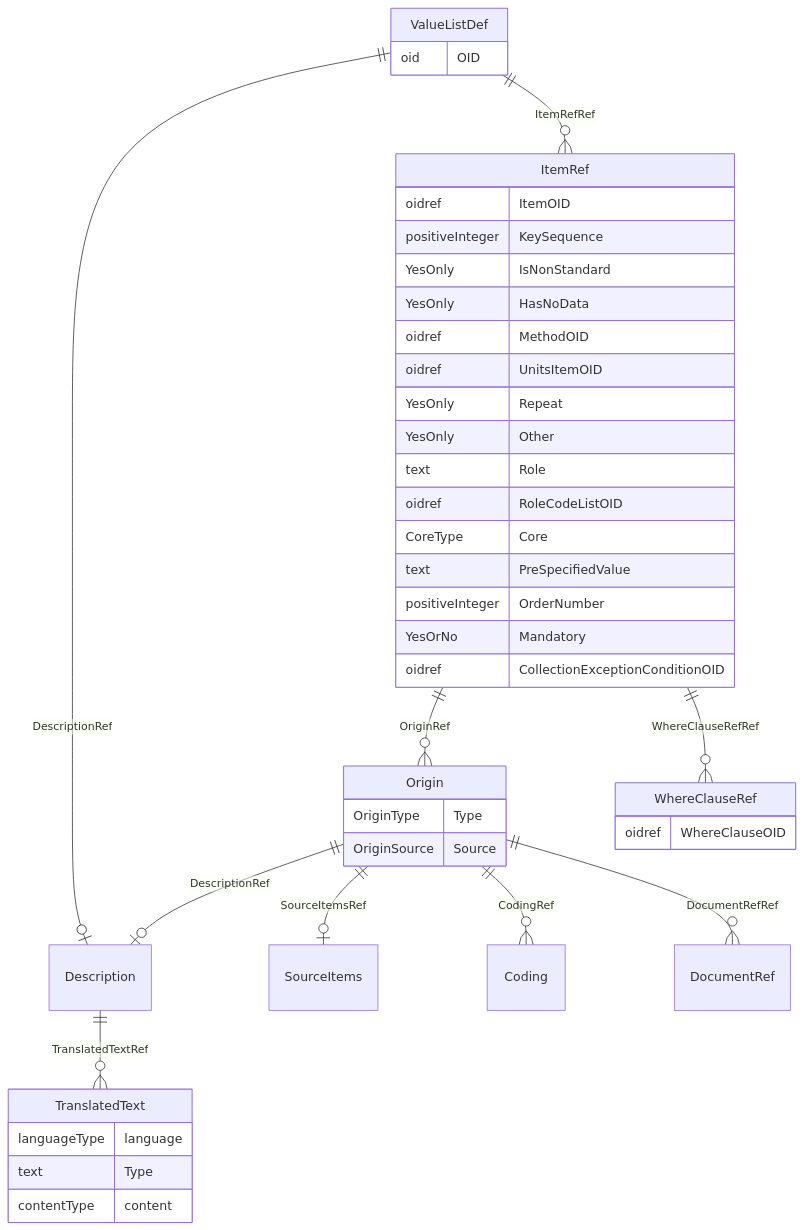
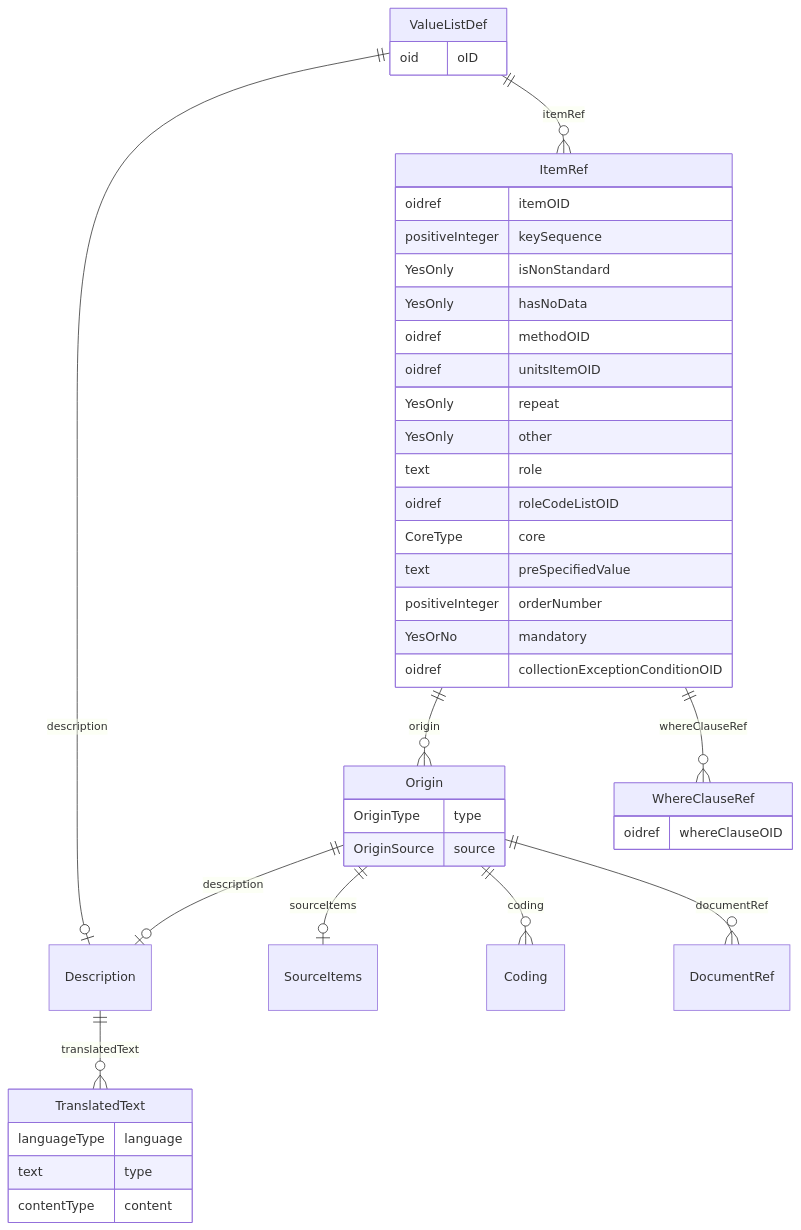
The diagram in docs/ValueListDef.md (cdisc-org/DataExchange-ODM-LinkML), drawn with Mermaid before and after one commit. The commit also changed other lines of this file and 759 other files, not shown here.

````diff
--- a/docs/ValueListDef.md
+++ b/docs/ValueListDef.md
@@ -11,49 +11,49 @@
 ```mermaid
 erDiagram
 ValueListDef {
-    oid OID  
+    oid oID  
 }
 ItemRef {
-    oidref ItemOID  
-    positiveInteger KeySequence  
-    YesOnly IsNonStandard  
-    YesOnly HasNoData  
-    oidref MethodOID  
-    oidref UnitsItemOID  
-    YesOnly Repeat  
-    YesOnly Other  
-    text Role  
-    oidref RoleCodeListOID  
-    CoreType Core  
-    text PreSpecifiedValue  
-    positiveInteger OrderNumber  
-    YesOrNo Mandatory  
-    oidref CollectionExceptionConditionOID  
+    oidref itemOID  
+    positiveInteger keySequence  
+    YesOnly isNonStandard  
+    YesOnly hasNoData  
+    oidref methodOID  
+    oidref unitsItemOID  
+    YesOnly repeat  
+    YesOnly other  
+    text role  
+    oidref roleCodeListOID  
+    CoreType core  
+    text preSpecifiedValue  
+    positiveInteger orderNumber  
+    YesOrNo mandatory  
+    oidref collectionExceptionConditionOID  
 }
 WhereClauseRef {
-    oidref WhereClauseOID  
+    oidref whereClauseOID  
 }
 Origin {
-    OriginType Type  
-    OriginSource Source  
+    OriginType type  
+    OriginSource source  
 }
 Description {
 
 }
 TranslatedText {
     languageType language  
-    text Type  
+    text type  
     contentType content  
 }
 
-ValueListDef ||--|o Description : "DescriptionRef"
-ValueListDef ||--}o ItemRef : "ItemRefRef"
-ItemRef ||--}o Origin : "OriginRef"
-ItemRef ||--}o WhereClauseRef : "WhereClauseRefRef"
-Origin ||--|o Description : "DescriptionRef"
-Origin ||--|o SourceItems : "SourceItemsRef"
-Origin ||--}o Coding : "CodingRef"
-Origin ||--}o DocumentRef : "DocumentRefRef"
-Description ||--}o TranslatedText : "TranslatedTextRef"
+ValueListDef ||--|o Description : "description"
+ValueListDef ||--}o ItemRef : "itemRef"
+ItemRef ||--}o Origin : "origin"
+ItemRef ||--}o WhereClauseRef : "whereClauseRef"
+Origin ||--|o Description : "description"
+Origin ||--|o SourceItems : "sourceItems"
+Origin ||--}o Coding : "coding"
+Origin ||--}o DocumentRef : "documentRef"
+Description ||--}o TranslatedText : "translatedText"
 
 ```
````
